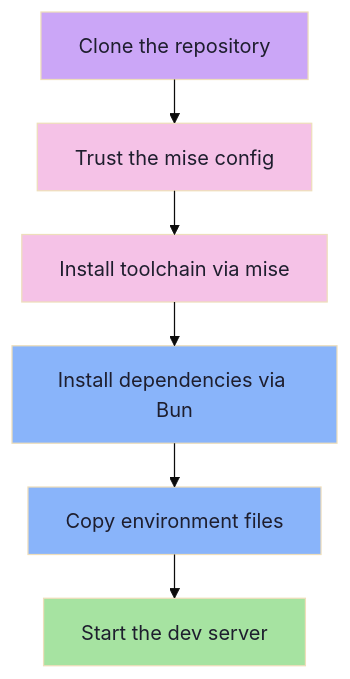
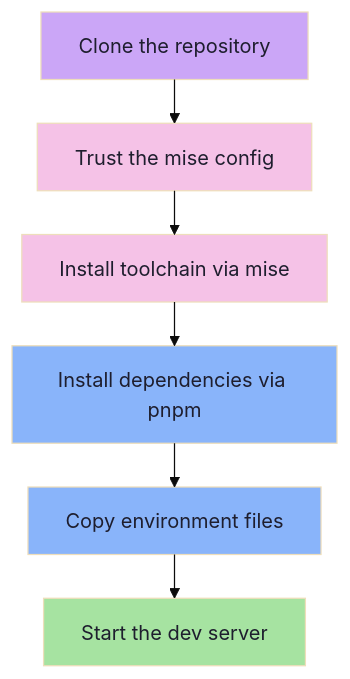
The second of 7 diagrams in GETTING-STARTED.md (tecapps/affirm), drawn with Mermaid (base theme) before and after one commit. The commit also changed other lines of this file and 3 other files, not shown here.

First line of the commit message:
📝 docs: migrate package manager references from bun to pnpm

````diff
--- a/GETTING-STARTED.md
+++ b/GETTING-STARTED.md
@@ -98,19 +98,19 @@
 ```mermaid
 ---
 config:
   layout: elk
 ---
 flowchart TD
     A["Clone the repository"] --> B["Trust the mise config"]
     B --> C["Install toolchain via mise"]
-    C --> D["Install dependencies via Bun"]
+    C --> D["Install dependencies via pnpm"]
     D --> E["Copy environment files"]
     E --> F["Start the dev server"]
 
     style A fill:#cba6f7,color:#1e1e2e
     style B fill:#f5c2e7,color:#1e1e2e
     style C fill:#f5c2e7,color:#1e1e2e
     style D fill:#89b4fa,color:#1e1e2e
     style E fill:#89b4fa,color:#1e1e2e
     style F fill:#a6e3a1,color:#1e1e2e
 ```
````
